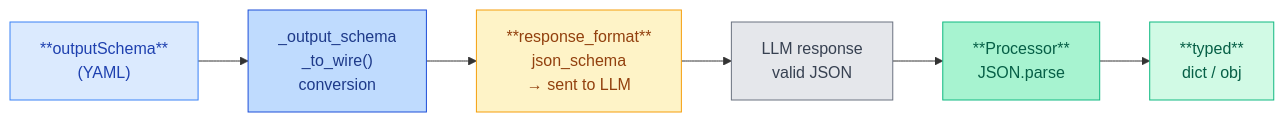
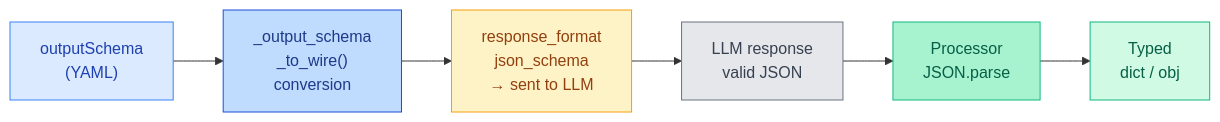
One commit to microsoft/prompty changed the diagram in web/src/content/docs/core-concepts/structured-output.mdx. Above: the diagram before and after it, drawn with Mermaid. The commit also changed 5 other files, not shown here.

First line of the commit message:
fix: remove literal **bold** markers from mermaid diagram labels

````diff
--- a/web/src/content/docs/core-concepts/structured-output.mdx
+++ b/web/src/content/docs/core-concepts/structured-output.mdx
@@ -20,15 +20,15 @@
 ```mermaid
 flowchart LR
-    A["**outputSchema**\n(YAML)"] --> B["_output_schema\n_to_wire()\nconversion"]
-    B --> C["**response_format**\njson_schema\n→ sent to LLM"]
+    A["outputSchema\n(YAML)"] --> B["_output_schema\n_to_wire()\nconversion"]
+    B --> C["response_format\njson_schema\n→ sent to LLM"]
     C --> D["LLM response\nvalid JSON"]
-    D --> E["**Processor**\nJSON.parse"]
-    E --> F["**typed**\ndict / obj"]
+    D --> E["Processor\nJSON.parse"]
+    E --> F["Typed\ndict / obj"]
 
     style A fill:#dbeafe,stroke:#3b82f6,color:#1e40af
     style B fill:#bfdbfe,stroke:#1d4ed8,color:#1e3a8a
     style C fill:#fef3c7,stroke:#f59e0b,color:#92400e
     style D fill:#e5e7eb,stroke:#6b7280,color:#374151
     style E fill:#a7f3d0,stroke:#10b981,color:#065f46
     style F fill:#d1fae5,stroke:#10b981,color:#065f46
 ```
````
